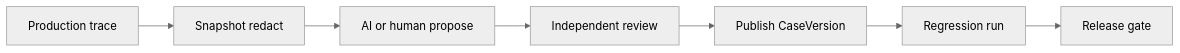
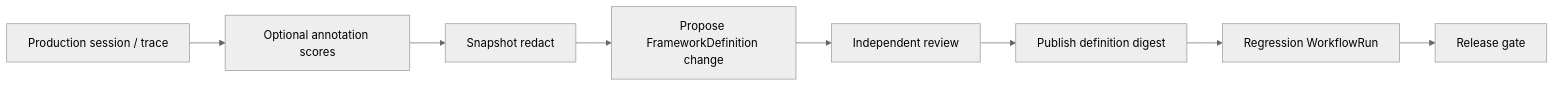
Before and after one commit to softprobe/document-website: the diagram in en/evaluation/guides/production-to-eval-loop.md, drawn with Mermaid (neutral theme). The commit also changed other lines of this file and 57 other files, not shown here.

````diff
--- a/en/evaluation/guides/production-to-eval-loop.md
+++ b/en/evaluation/guides/production-to-eval-loop.md
@@ -9,11 +9,12 @@
 ```mermaid
 flowchart LR
-  Prod[Production trace]
+  Prod[Production session / trace]
+  Annotate[Optional annotation scores]
   Snap[Snapshot redact]
-  Propose[AI or human propose]
+  Propose[Propose FrameworkDefinition change]
   Review[Independent review]
-  Publish[Publish CaseVersion]
-  Run[Regression run]
+  Publish[Publish definition digest]
+  Run[Regression WorkflowRun]
   Gate[Release gate]
-  Prod --> Snap --> Propose --> Review --> Publish --> Run --> Gate
+  Prod --> Annotate --> Snap --> Propose --> Review --> Publish --> Run --> Gate
 ```
````
